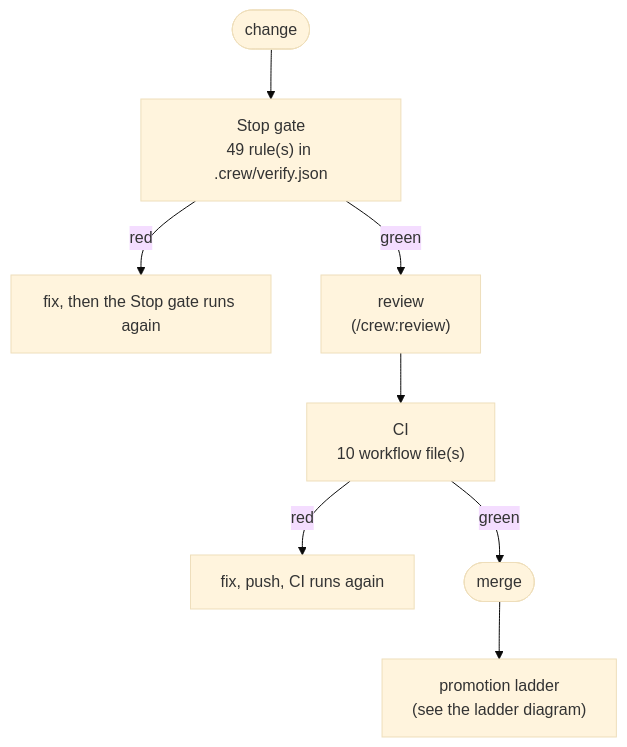
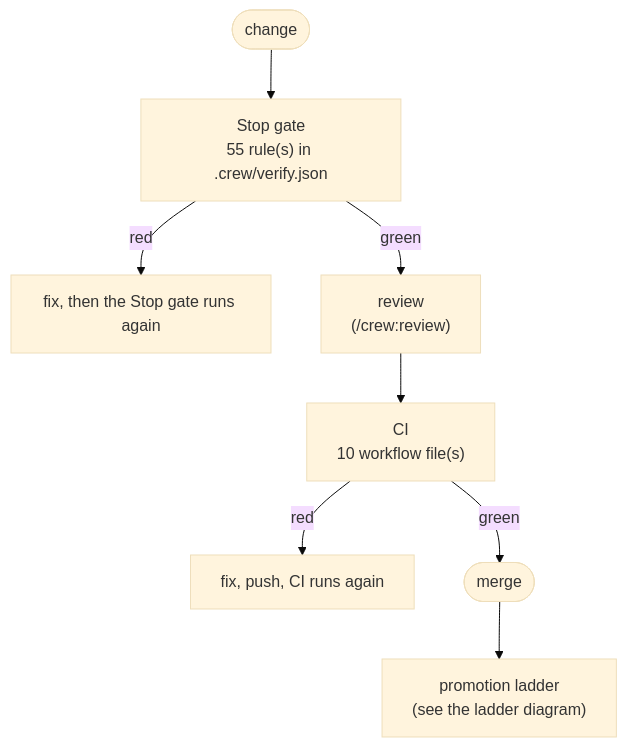
One commit to mbadali25/useful-claude-add-ons changed the first of 3 diagrams in docs/qa/README.md. Above: the diagram before and after it, drawn with Mermaid (base theme). The commit also changed other lines of this file and 16 other files, not shown here.

````diff
--- a/docs/qa/README.md
+++ b/docs/qa/README.md
@@ -19,11 +19,11 @@
 ```mermaid
 flowchart TD
-  edit(["change"]) --> stop["Stop gate<br/>49 rule(s) in .crew/verify.json"]
+  edit(["change"]) --> stop["Stop gate<br/>55 rule(s) in .crew/verify.json"]
   stop -->|red| fix1["fix, then the Stop gate runs again"]
   stop -->|green| review["review<br/>(/crew:review)"]
   review --> ci["CI<br/>10 workflow file(s)"]
   ci -->|red| fix2["fix, push, CI runs again"]
   ci -->|green| merge(["merge"])
   merge --> ladder["promotion ladder<br/>(see the ladder diagram)"]
   classDef gap stroke:#c0392b,stroke-width:2px,stroke-dasharray:4 3
 ```
````
